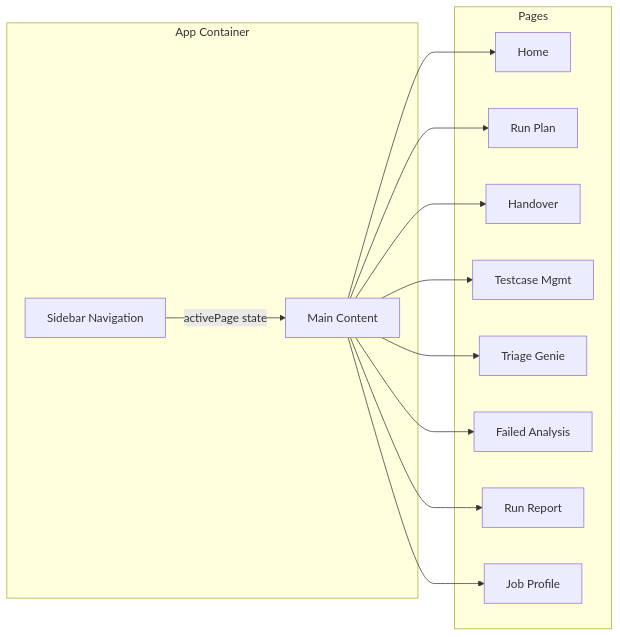
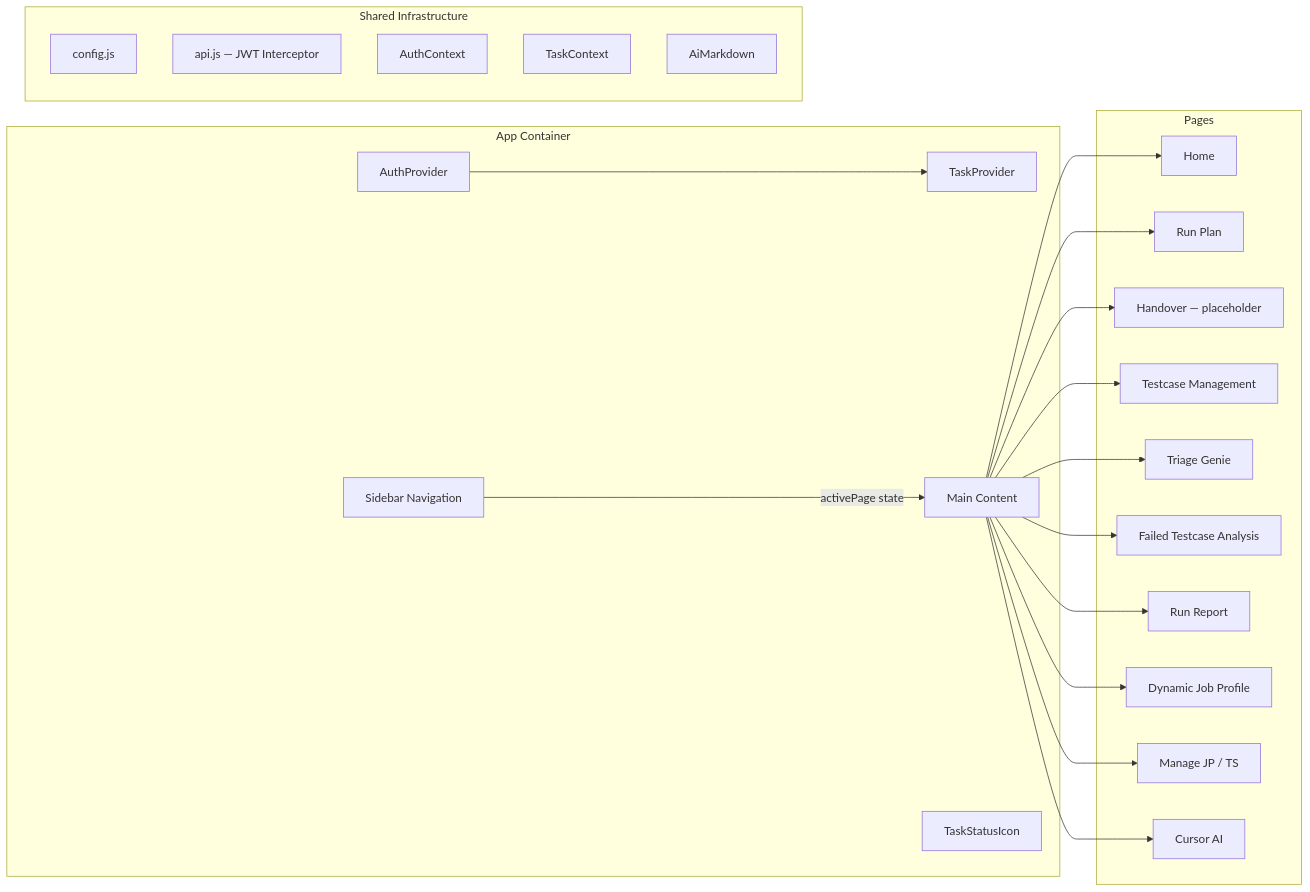
Before and after one commit to sudharshan332/RegX-AI: the second of 7 diagrams in PROJECT_DOCUMENTATION_AND_ARCHITECTURE.md, drawn with Mermaid. The commit also changed other lines of this file and 34 other files, not shown here.

````diff
--- a/PROJECT_DOCUMENTATION_AND_ARCHITECTURE.md
+++ b/PROJECT_DOCUMENTATION_AND_ARCHITECTURE.md
@@ -142,28 +198,44 @@
 ```mermaid
 graph LR
     subgraph "App Container"
+        AUTH_PROVIDER[AuthProvider]
+        TASK_PROVIDER[TaskProvider]
         SIDEBAR[Sidebar Navigation]
         MAIN[Main Content]
+        TASK_ICON[TaskStatusIcon]
+    end
+
+    subgraph "Shared Infrastructure"
+        CONFIG[config.js]
+        API[api.js — JWT Interceptor]
+        AUTH_CTX[AuthContext]
+        TASK_CTX[TaskContext]
+        AI_MD[AiMarkdown]
     end
 
     subgraph "Pages"
         P1[Home]
         P2[Run Plan]
-        P3[Handover]
-        P4[Testcase Mgmt]
+        P3[Handover — placeholder]
+        P4[Testcase Management]
         P5[Triage Genie]
-        P6[Failed Analysis]
+        P6[Failed Testcase Analysis]
         P7[Run Report]
-        P8[Job Profile]
+        P8[Dynamic Job Profile]
+        P9[Manage JP / TS]
+        P10[Cursor AI]
     end
 
+    AUTH_PROVIDER --> TASK_PROVIDER
     SIDEBAR -->|activePage state| MAIN
     MAIN --> P1
     MAIN --> P2
     MAIN --> P3
     MAIN --> P4
     MAIN --> P5
     MAIN --> P6
     MAIN --> P7
     MAIN --> P8
+    MAIN --> P9
+    MAIN --> P10
 ```
````
